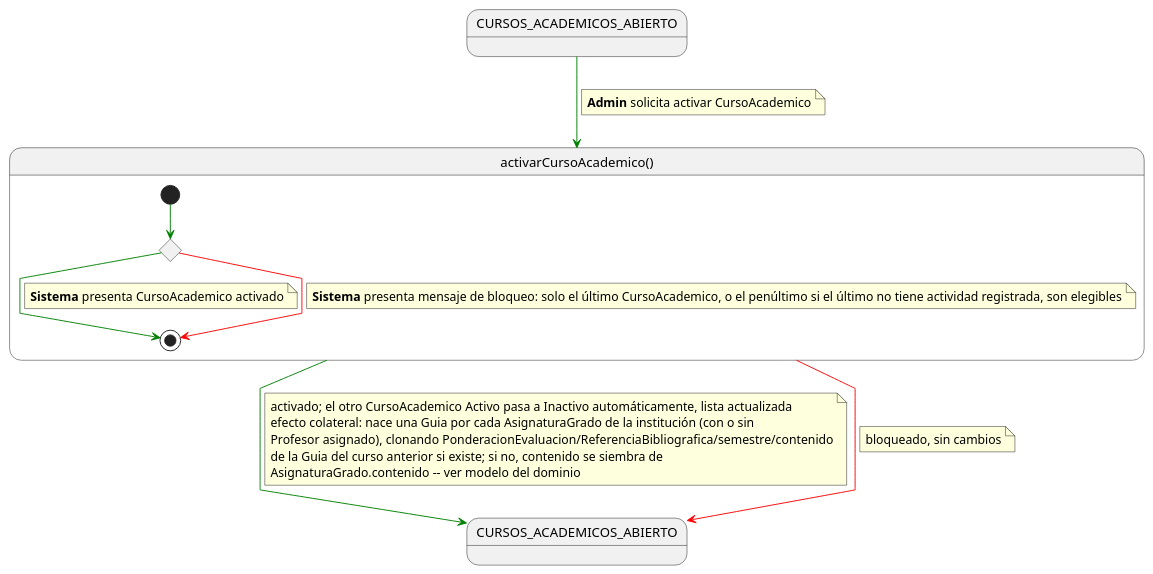
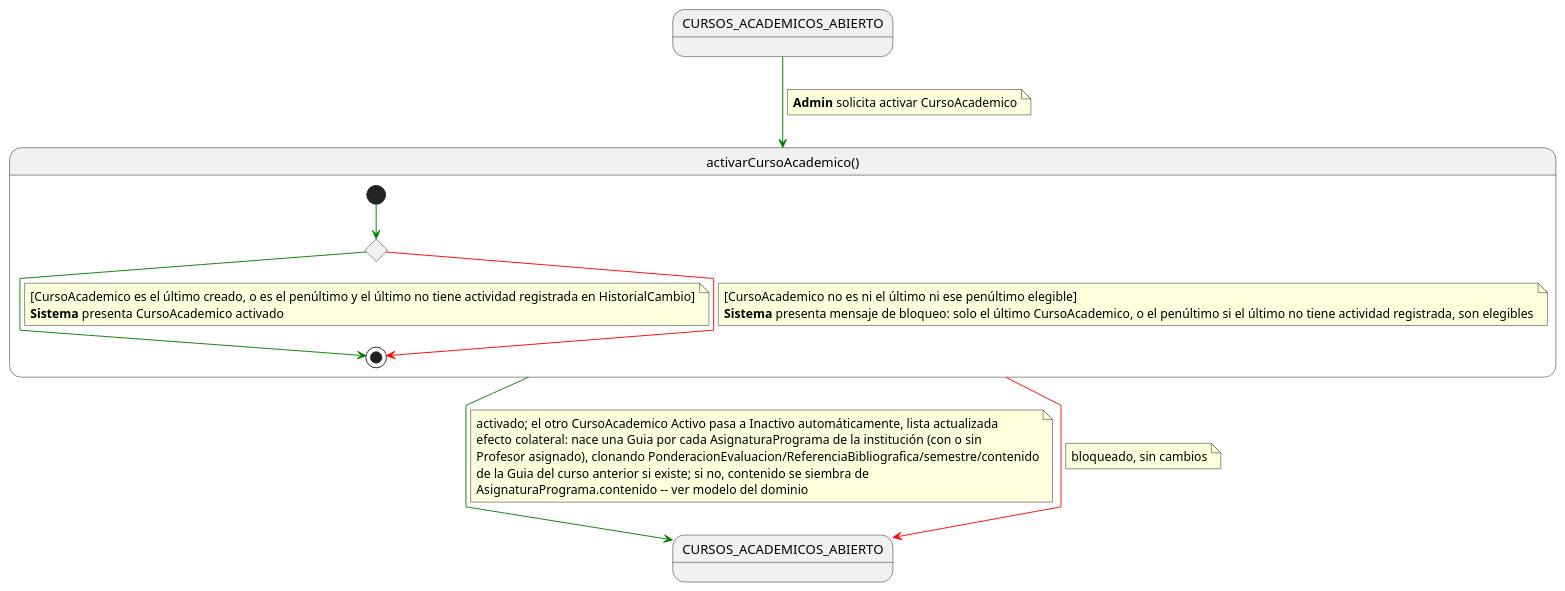
Before and after one commit to mmasias/pyCeldaPublico: the diagram in RUP/01-requisitos/03-detalle-casos-uso/activarCursoAcademico/especificacion.puml, drawn with PlantUML. The commit also changed 1249 other files, not shown here.

First line of the commit message:
docs: sincroniza el subconjunto público con pyCelda 55beb8b5 (rename Grado -> Programa y v0.11.0)

```diff
--- a/RUP/01-requisitos/03-detalle-casos-uso/activarCursoAcademico/especificacion.puml
+++ b/RUP/01-requisitos/03-detalle-casos-uso/activarCursoAcademico/especificacion.puml
@@ -1,44 +1,49 @@
 @startuml activarCursoAcademico
 
 skinparam linetype polyline
 
 state CURSOS_ACADEMICOS_ABIERTO
 state CURSOS_ACADEMICOS_ABIERTOS_SALIDA as "CURSOS_ACADEMICOS_ABIERTO"
 
 CURSOS_ACADEMICOS_ABIERTO -[#green]-> activarCursoAcademico
 note on link
 <b>Admin</b> solicita activar CursoAcademico
 end note
 
+' No implementado en código -- caso de uso solo de la fase de Requisitos.
+' Mismo régimen que Requisito/CursoAcademico en el modelo del dominio:
+' representación correcta, pendiente de construir.
 state activarCursoAcademico as "activarCursoAcademico()" {
 
     state c <<choice>>
 
     [*] -[#green]-> c
 
     c -[#green]-> [*]
     note on link
+    [CursoAcademico es el último creado, o es el penúltimo y el último no tiene actividad registrada en HistorialCambio]
     <b>Sistema</b> presenta CursoAcademico activado
     end note
 
     c -[#red]-> [*]
     note on link
+    [CursoAcademico no es ni el último ni ese penúltimo elegible]
     <b>Sistema</b> presenta mensaje de bloqueo: solo el último CursoAcademico, o el penúltimo si el último no tiene actividad registrada, son elegibles
     end note
 }
 
 activarCursoAcademico -[#green]-> CURSOS_ACADEMICOS_ABIERTOS_SALIDA
 note on link
 activado; el otro CursoAcademico Activo pasa a Inactivo automáticamente, lista actualizada
-efecto colateral: nace una Guia por cada AsignaturaGrado de la institución (con o sin
+efecto colateral: nace una Guia por cada AsignaturaPrograma de la institución (con o sin
 Profesor asignado), clonando PonderacionEvaluacion/ReferenciaBibliografica/semestre/contenido
 de la Guia del curso anterior si existe; si no, contenido se siembra de
-AsignaturaGrado.contenido -- ver modelo del dominio
+AsignaturaPrograma.contenido -- ver modelo del dominio
 end note
 
 activarCursoAcademico -[#red]-> CURSOS_ACADEMICOS_ABIERTOS_SALIDA
 note on link
 bloqueado, sin cambios
 end note
 
 @enduml
```
